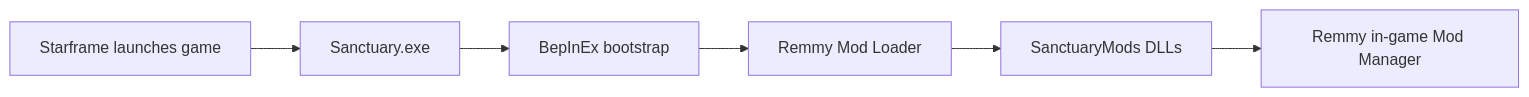
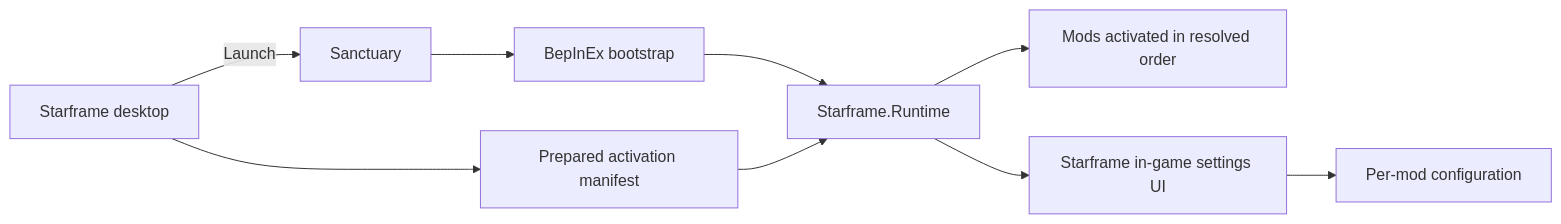
Before and after one commit to Mastervoliumpl/Starframe: the seventh of 8 diagrams in ARCHITECTURE.md, drawn with Mermaid. The commit also changed other lines of this file and 2 other files, not shown here.

Commit message:
docs: revise runtime, load order and local storage architecture

````diff
--- a/ARCHITECTURE.md
+++ b/ARCHITECTURE.md
@@ -297,8 +354,11 @@
 ```mermaid
 flowchart LR
-    Launch[Starframe launches game] --> Game[Sanctuary.exe]
+    Desktop[Starframe desktop] --> Manifest[Prepared activation manifest]
+    Desktop -->|Launch| Game[Sanctuary]
     Game --> Bep[BepInEx bootstrap]
-    Bep --> Loader[Remmy Mod Loader]
-    Loader --> Mods[SanctuaryMods DLLs]
-    Mods --> Manager[Remmy in-game Mod Manager]
+    Bep --> Runtime[Starframe.Runtime]
+    Manifest --> Runtime
+    Runtime --> Mods[Mods activated in resolved order]
+    Runtime --> Settings[Starframe in-game settings UI]
+    Settings --> Config[Per-mod configuration]
 ```
````
